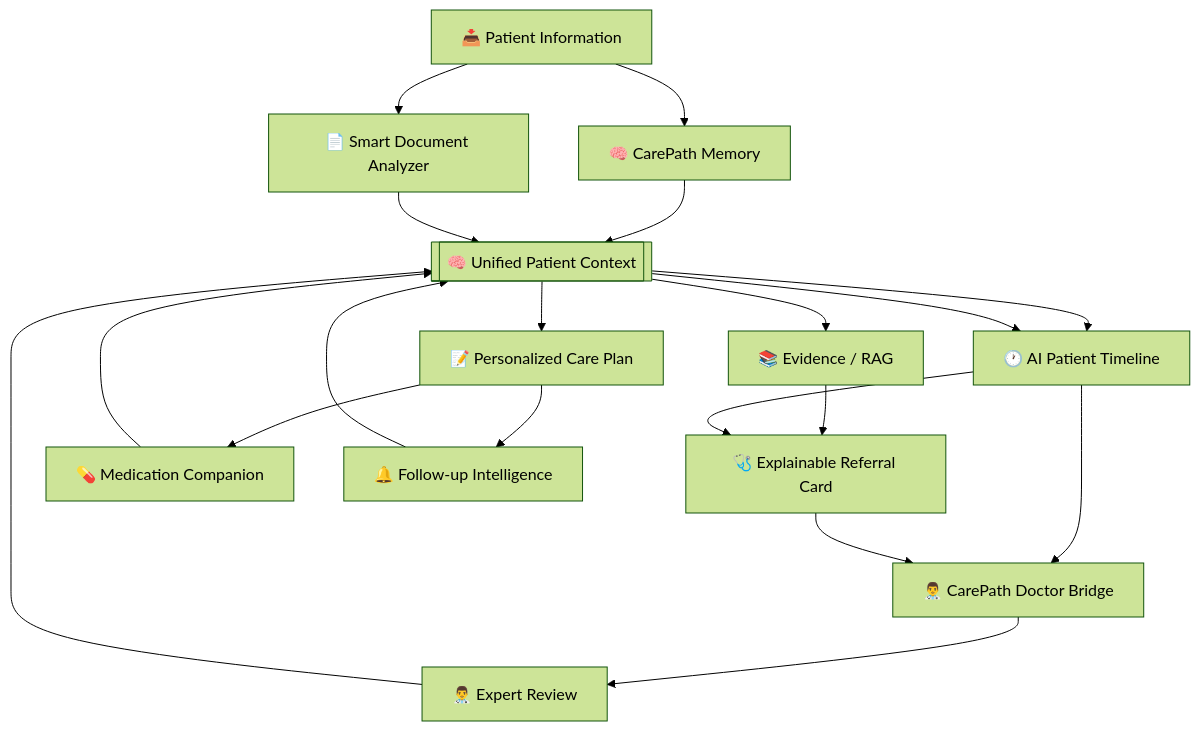
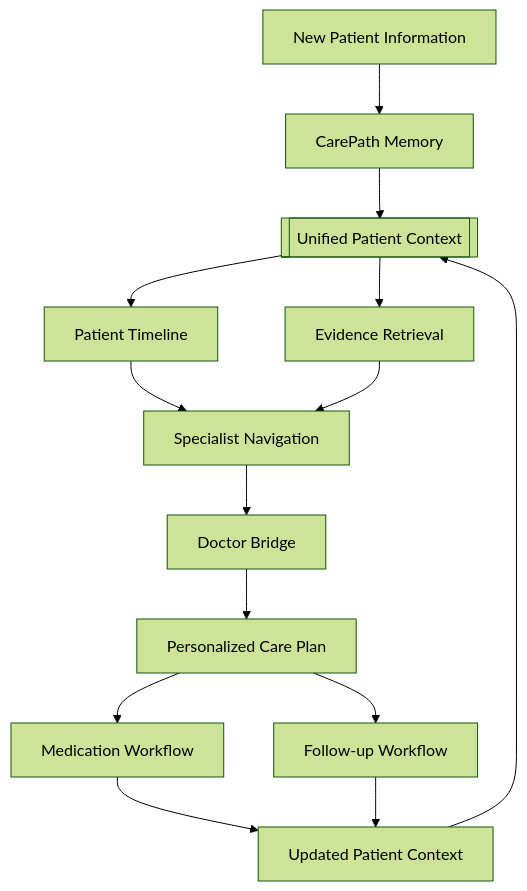
Before and after one commit to IlIGODIlI/CarePath-AI: the fourth of 16 diagrams in README.md, drawn with Mermaid (forest theme). The commit also changed other lines of this file, not shown here.

````diff
--- a/README.md
+++ b/README.md
@@ -292,56 +342,28 @@
 ```mermaid
 flowchart TD
-
-    INPUT["📥 Patient Information"]
-
-    MEMORY["🧠 CarePath Memory"]
-
-    DOCS["📄 Smart Document Analyzer"]
-
-    TIMELINE["🕐 AI Patient Timeline"]
-
-    EVIDENCE["📚 Evidence / RAG"]
-
-    REFERRAL["🩺 Explainable Referral Card"]
-
-    DOCTOR["👨‍⚕️ CarePath Doctor Bridge"]
-
-    REVIEW["👨‍⚕️ Expert Review"]
-
-    CARE["📝 Personalized Care Plan"]
-
-    MED["💊 Medication Companion"]
-
-    FOLLOW["🔔 Follow-up Intelligence"]
-
-    CONTEXT[["🧠 Unified Patient Context"]]
+    INPUT["New Patient Information"]
+    MEMORY["CarePath Memory"]
+    CONTEXT[["Unified Patient Context"]]
+    TIMELINE["Patient Timeline"]
+    EVIDENCE["Evidence Retrieval"]
+    REFERRAL["Specialist Navigation"]
+    DOCTOR["Doctor Bridge"]
+    CARE["Personalized Care Plan"]
+    MEDICATION["Medication Workflow"]
+    FOLLOWUP["Follow-up Workflow"]
+    UPDATED["Updated Patient Context"]
 
     INPUT --> MEMORY
-    INPUT --> DOCS
-
     MEMORY --> CONTEXT
-    DOCS --> CONTEXT
-
     CONTEXT --> TIMELINE
     CONTEXT --> EVIDENCE
-
+    TIMELINE --> REFERRAL
     EVIDENCE --> REFERRAL
-
-    TIMELINE --> REFERRAL
-    TIMELINE --> DOCTOR
-
     REFERRAL --> DOCTOR
-
-    DOCTOR --> REVIEW
-    REVIEW --> CONTEXT
-
-    CONTEXT --> CARE
-
-    CARE --> MED
-    CARE --> FOLLOW
-
-    MED --> CONTEXT
-    FOLLOW --> CONTEXT
-
-    CONTEXT --> TIMELINE
+    DOCTOR --> CARE
+    CARE --> MEDICATION
+    CARE --> FOLLOWUP
+    MEDICATION --> UPDATED
+    FOLLOWUP --> UPDATED
+    UPDATED --> CONTEXT
 ```
````
